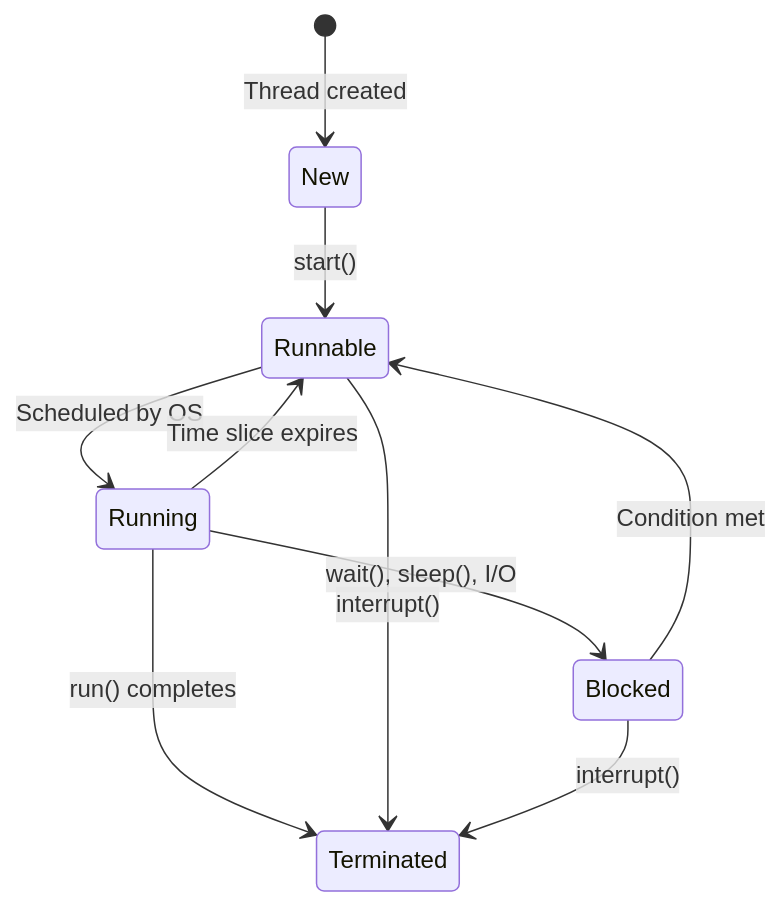
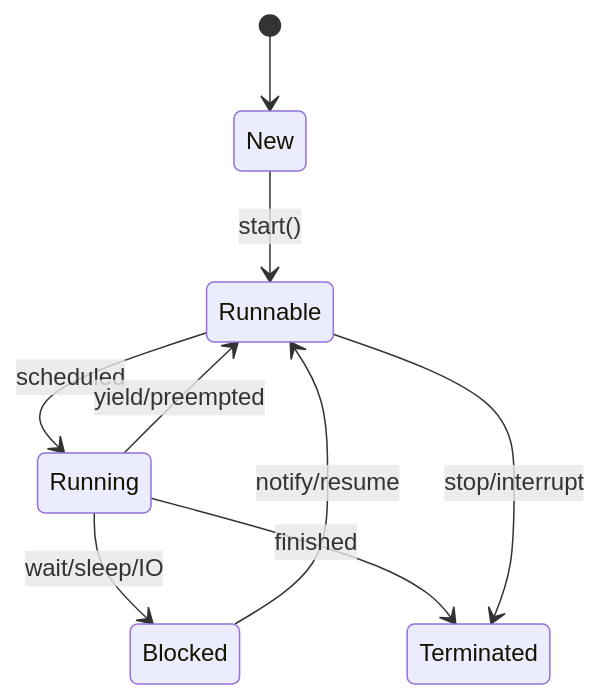
One commit to VrushankPatel/interview-matters changed the diagram in multithreading-concurrency-in-java/README.md. Above: the diagram before and after it, drawn with Mermaid. The commit also changed other lines of this file and 7 other files, not shown here.

````diff
--- a/multithreading-concurrency-in-java/README.md
+++ b/multithreading-concurrency-in-java/README.md
@@ -86,12 +19,11 @@
 ```mermaid
 stateDiagram-v2
-    [*] --> New: Thread created
+    [*] --> New
     New --> Runnable: start()
-    Runnable --> Running: Scheduled by OS
-    Running --> Runnable: Time slice expires
-    Running --> Blocked: wait(), sleep(), I/O
-    Blocked --> Runnable: Condition met
-    Running --> Terminated: run() completes
-    Runnable --> Terminated: interrupt()
-    Blocked --> Terminated: interrupt()
+    Runnable --> Running: scheduled
+    Running --> Runnable: yield/preempted
+    Running --> Blocked: wait/sleep/IO
+    Blocked --> Runnable: notify/resume
+    Running --> Terminated: finished
+    Runnable --> Terminated: stop/interrupt
 ```
````
